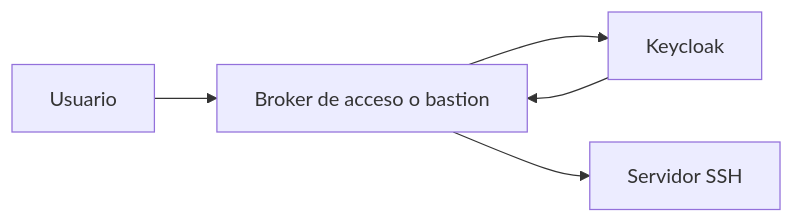
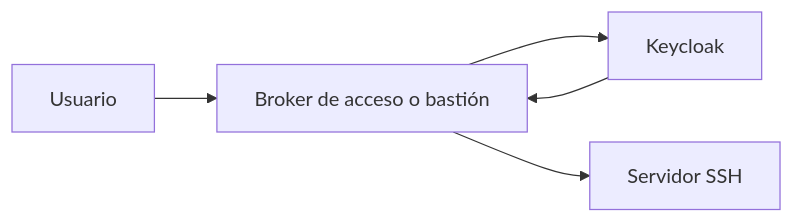
Before and after one commit to jose-oc/joseoc-dev: the fourth of 6 diagrams in src/content/es/authentication/keycloak-centralized-authentication.md, drawn with Mermaid. The commit also changed other lines of this file and 2 other files, not shown here.

````diff
--- a/src/content/es/authentication/keycloak-centralized-authentication.md
+++ b/src/content/es/authentication/keycloak-centralized-authentication.md
@@ -194,7 +194,7 @@
 ```mermaid
 flowchart LR
-  U[Usuario] --> B[Broker de acceso o bastion]
+  U[Usuario] --> B[Broker de acceso o bastión]
   B --> K[Keycloak]
   K --> B
   B --> S[Servidor SSH]
 ```
````
